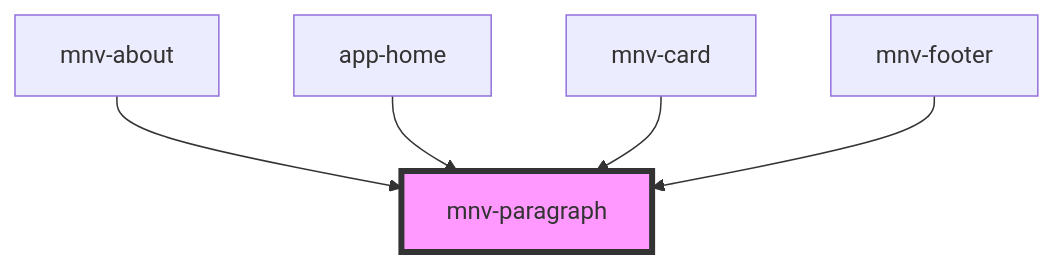
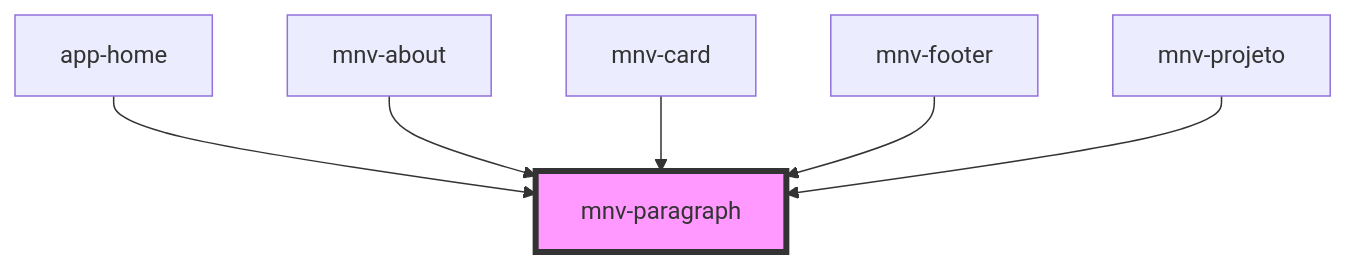
Before and after one commit to rafaela-vairo/ufrj-sustainable: the diagram in src/components/typography/mnv-paragraph/readme.md, drawn with Mermaid. The commit also changed other lines of this file and 34 other files, not shown here.

````diff
--- a/src/components/typography/mnv-paragraph/readme.md
+++ b/src/components/typography/mnv-paragraph/readme.md
@@ -26,8 +27,9 @@
 ```mermaid
 graph TD;
+  app-home --> mnv-paragraph
   mnv-about --> mnv-paragraph
-  app-home --> mnv-paragraph
   mnv-card --> mnv-paragraph
   mnv-footer --> mnv-paragraph
+  mnv-projeto --> mnv-paragraph
   style mnv-paragraph fill:#f9f,stroke:#333,stroke-width:4px
 ```
````
